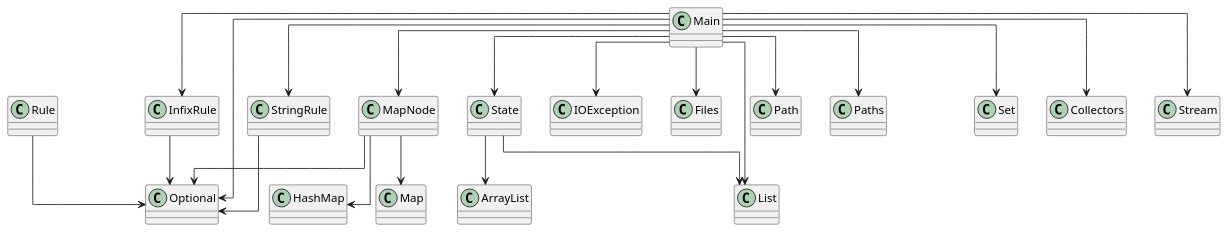
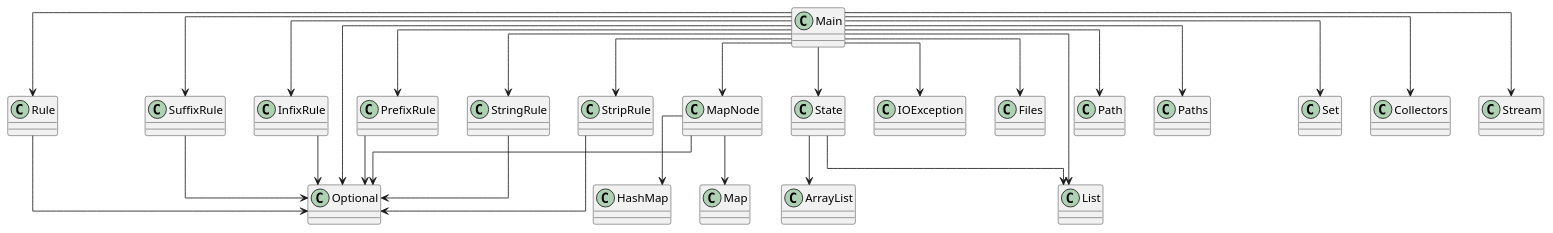
One commit to Magma-Foundation/Magma changed the diagram in diagram.puml. Above: the diagram before and after it, drawn with PlantUML. The commit also changed 4 other files, not shown here.

```diff
--- a/diagram.puml
+++ b/diagram.puml
@@ -1,30 +1,40 @@
 @startuml
 skinparam linetype ortho
 class Rule
 Rule --> Optional
+class SuffixRule
+SuffixRule --> Optional
 class Main
 Main --> InfixRule
 Main --> MapNode
+Main --> PrefixRule
+Main --> Rule
 Main --> State
 Main --> StringRule
+Main --> StripRule
+Main --> SuffixRule
 Main --> IOException
 Main --> Files
 Main --> Path
 Main --> Paths
 Main --> List
 Main --> Optional
 Main --> Set
 Main --> Collectors
 Main --> Stream
+class StripRule
+StripRule --> Optional
 class MapNode
 MapNode --> HashMap
 MapNode --> Map
 MapNode --> Optional
 class InfixRule
 InfixRule --> Optional
 class State
 State --> ArrayList
 State --> List
+class PrefixRule
+PrefixRule --> Optional
 class StringRule
 StringRule --> Optional
 @enduml
```
